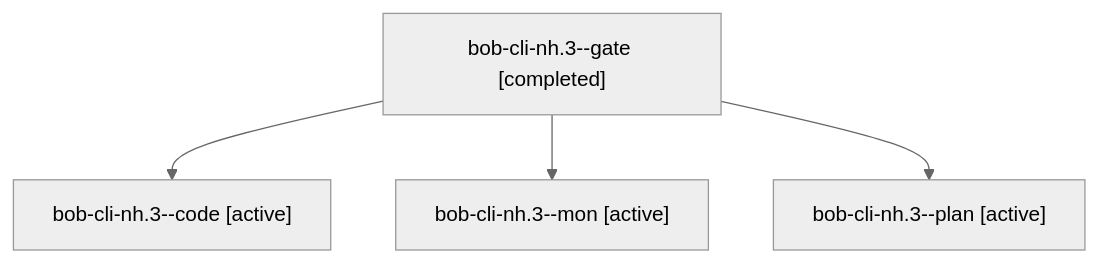
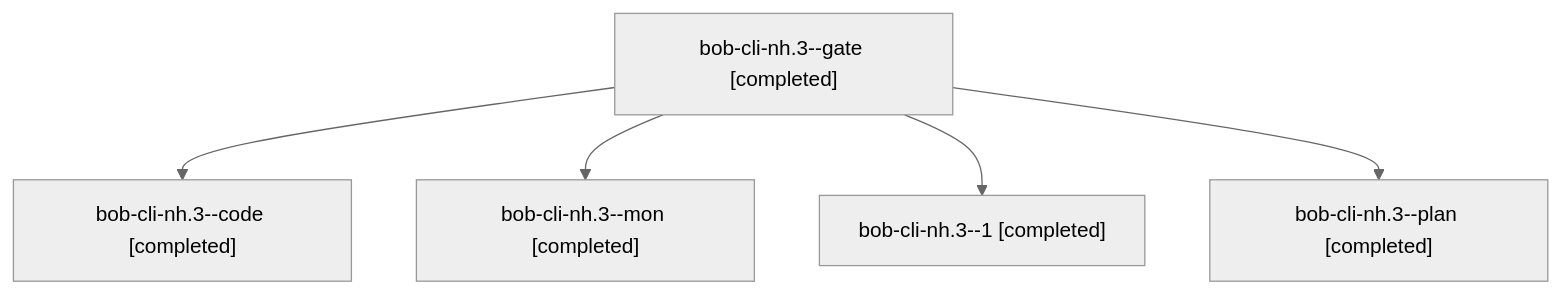
The diagram in sessions/bbugyi200.athena.bob-cli-nh.3.md (bobs-org/bob-cli--agents), drawn with Mermaid (neutral theme) before and after one commit. The commit also changed other lines of this file and 147 other files, not shown here.

````diff
--- a/sessions/bbugyi200.athena.bob-cli-nh.3.md
+++ b/sessions/bbugyi200.athena.bob-cli-nh.3.md
@@ -9,10 +9,12 @@
 ```mermaid
 flowchart TD
   n0["bob-cli-nh.3--gate [completed]"]
-  n1["bob-cli-nh.3--code [active]"]
+  n1["bob-cli-nh.3--code [completed]"]
   n0 --> n1
-  n2["bob-cli-nh.3--mon [active]"]
+  n2["bob-cli-nh.3--mon [completed]"]
   n0 --> n2
-  n3["bob-cli-nh.3--plan [active]"]
+  n3["bob-cli-nh.3--1 [completed]"]
   n0 --> n3
+  n4["bob-cli-nh.3--plan [completed]"]
+  n0 --> n4
 ```
````
